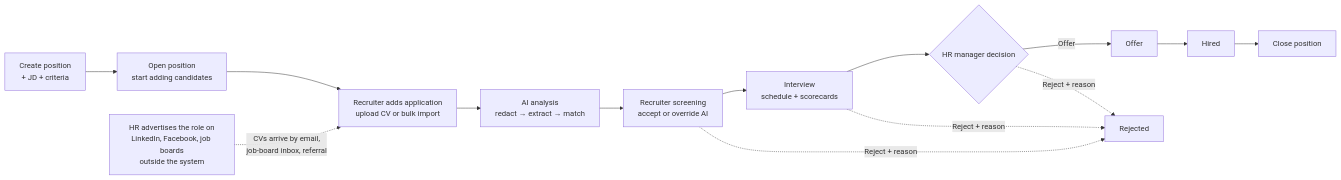
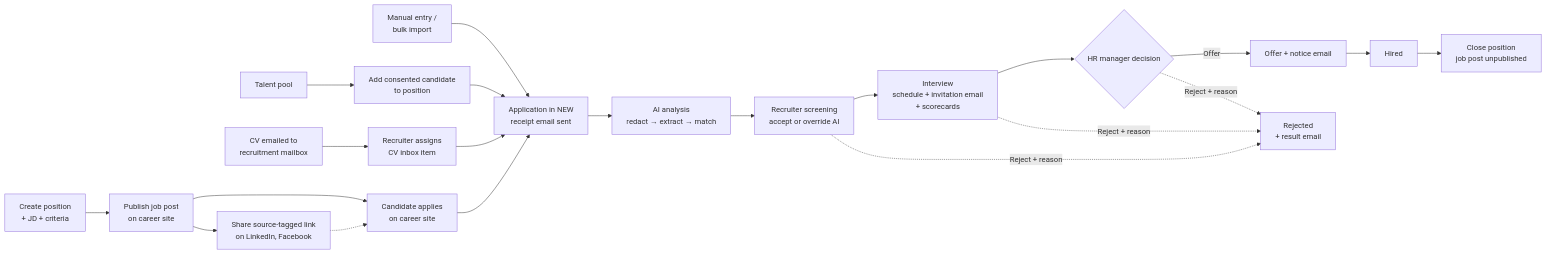
Before and after one commit to duongk18FPTU/recruitment-ats: the diagram in docs/01-research-top-down.md, drawn with Mermaid. The commit also changed other lines of this file and 8 other files, not shown here.

First line of the commit message:
Add career site, mailbox intake, candidate emails, and talent pool

````diff
--- a/docs/01-research-top-down.md
+++ b/docs/01-research-top-down.md
@@ -68,16 +94,20 @@
 ```mermaid
 flowchart LR
-    A[Create position<br/>+ JD + criteria] --> B[Open position<br/>start adding candidates]
-    X[HR advertises the role on<br/>LinkedIn, Facebook, job boards<br/>outside the system] -.->|CVs arrive by email,<br/>job-board inbox, referral| C
-    B --> C[Recruiter adds application<br/>upload CV or bulk import]
-    C --> D[AI analysis<br/>redact → extract → match]
-    D --> E[Recruiter screening<br/>accept or override AI]
-    E --> F[Interview<br/>schedule + scorecards]
-    F --> G{HR manager decision}
-    G -->|Offer| H[Offer]
-    H --> I[Hired]
-    E -.->|Reject + reason| R[Rejected]
-    F -.->|Reject + reason| R
+    A[Create position<br/>+ JD + criteria] --> B[Publish job post<br/>on career site]
+    B --> S[Share source-tagged link<br/>on LinkedIn, Facebook]
+    S -.-> C1
+    B --> C1[Candidate applies<br/>on career site]
+    M[CV emailed to<br/>recruitment mailbox] --> C2[Recruiter assigns<br/>CV inbox item]
+    P[Talent pool] --> C3[Add consented candidate<br/>to position]
+    C1 & C2 & C3 & C4[Manual entry /<br/>bulk import] --> D[Application in NEW<br/>receipt email sent]
+    D --> E[AI analysis<br/>redact → extract → match]
+    E --> F[Recruiter screening<br/>accept or override AI]
+    F --> G[Interview<br/>schedule + invitation email<br/>+ scorecards]
+    G --> H{HR manager decision}
+    H -->|Offer| I[Offer + notice email]
+    I --> J[Hired]
+    F -.->|Reject + reason| R[Rejected<br/>+ result email]
     G -.->|Reject + reason| R
-    I --> J[Close position]
+    H -.->|Reject + reason| R
+    J --> K[Close position<br/>job post unpublished]
 ```
````
